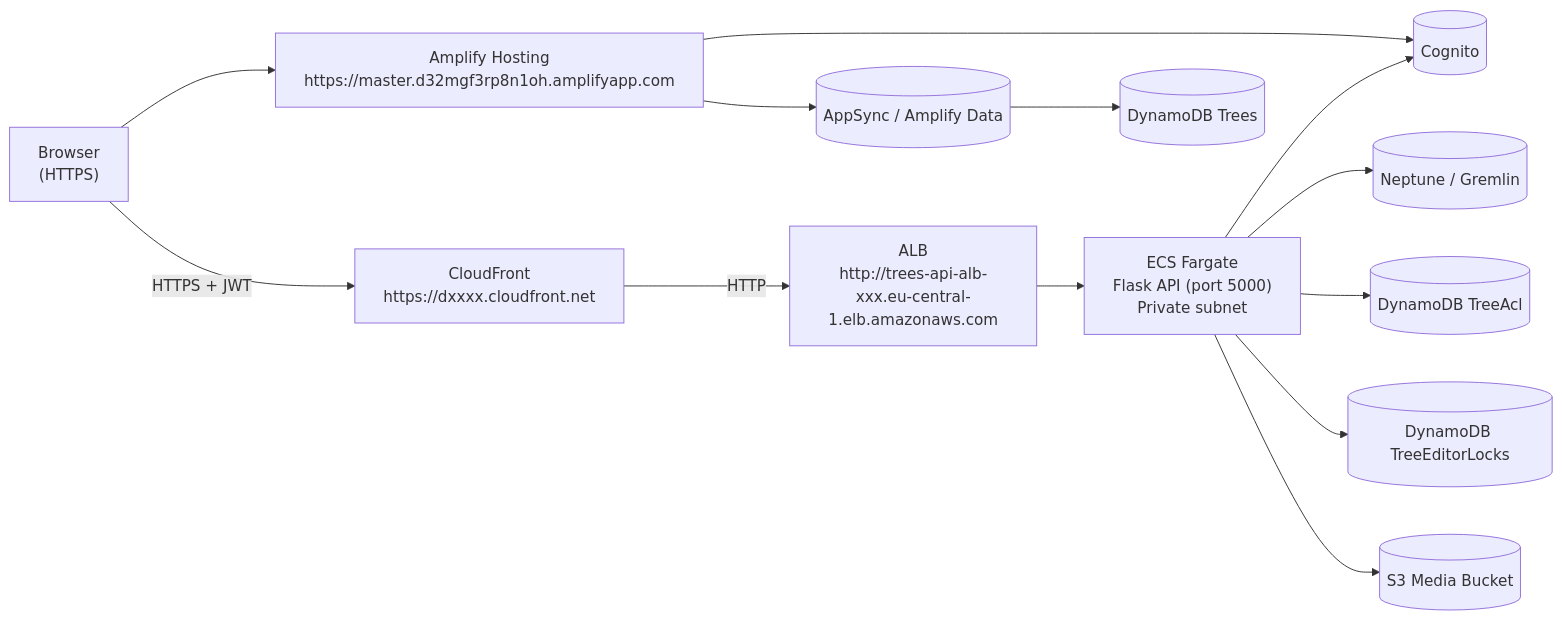
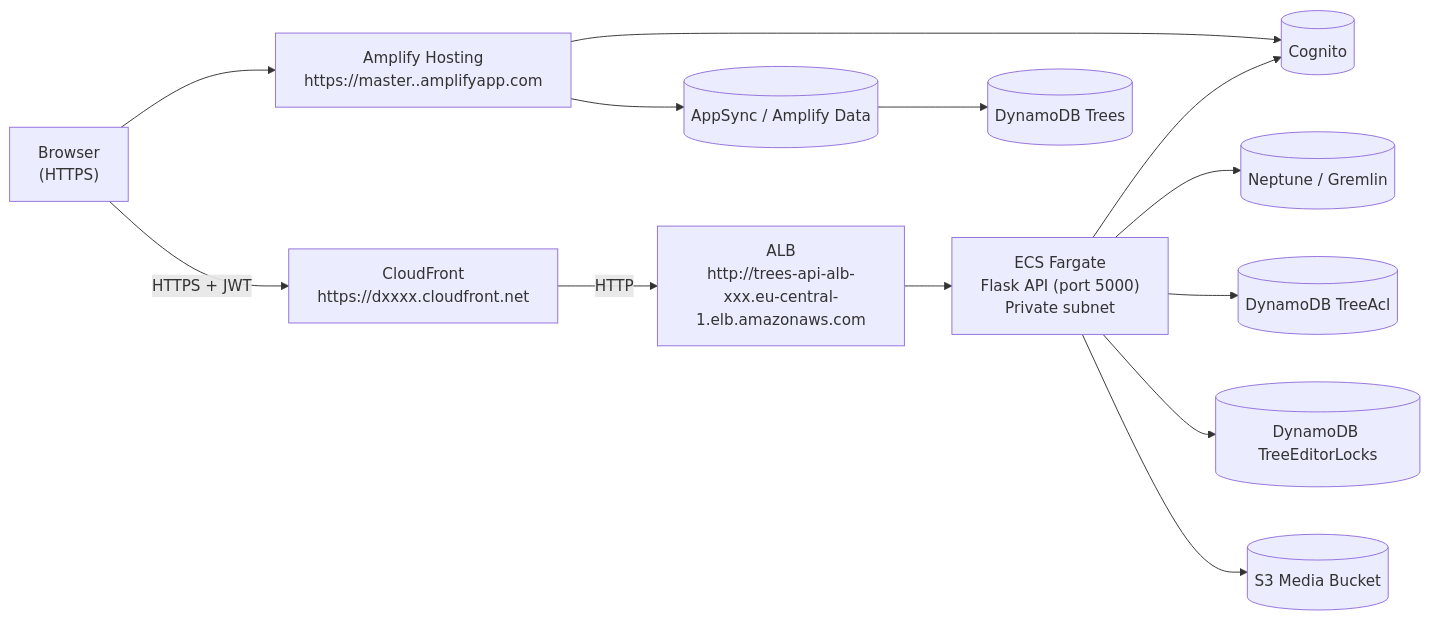
The first of 5 diagrams in docs/architecture.md (hhillredondo/flask-tree-endpoints), drawn with Mermaid before and after one commit. The commit also changed other lines of this file and 6 other files, not shown here.

````diff
--- a/docs/architecture.md
+++ b/docs/architecture.md
@@ -14,28 +14,28 @@
 ```mermaid
 flowchart LR
     Browser["Browser\n(HTTPS)"]
-    Amplify["Amplify Hosting\nhttps://master.d32mgf3rp8n1oh.amplifyapp.com"]
+    Amplify["Amplify Hosting\nhttps://master.<app-id>.amplifyapp.com"]
     CF["CloudFront\nhttps://dxxxx.cloudfront.net"]
     ALB["ALB\nhttp://trees-api-alb-xxx.eu-central-1.elb.amazonaws.com"]
     ECS["ECS Fargate\nFlask API (port 5000)\nPrivate subnet"]
     Cognito[(Cognito)]
     AppSync[(AppSync / Amplify Data)]
     DynamoTrees[(DynamoDB Trees)]
     Neptune[(Neptune / Gremlin)]
     DynamoAcl[(DynamoDB TreeAcl)]
     DynamoLock[(DynamoDB TreeEditorLocks)]
     S3[(S3 Media Bucket)]
 
     Browser --> Amplify
     Amplify --> Cognito
     Amplify --> AppSync
     AppSync --> DynamoTrees
     Browser -->|HTTPS + JWT| CF
     CF -->|HTTP| ALB
     ALB --> ECS
     ECS --> Cognito
     ECS --> Neptune
     ECS --> DynamoAcl
     ECS --> DynamoLock
     ECS --> S3
 ```
````
